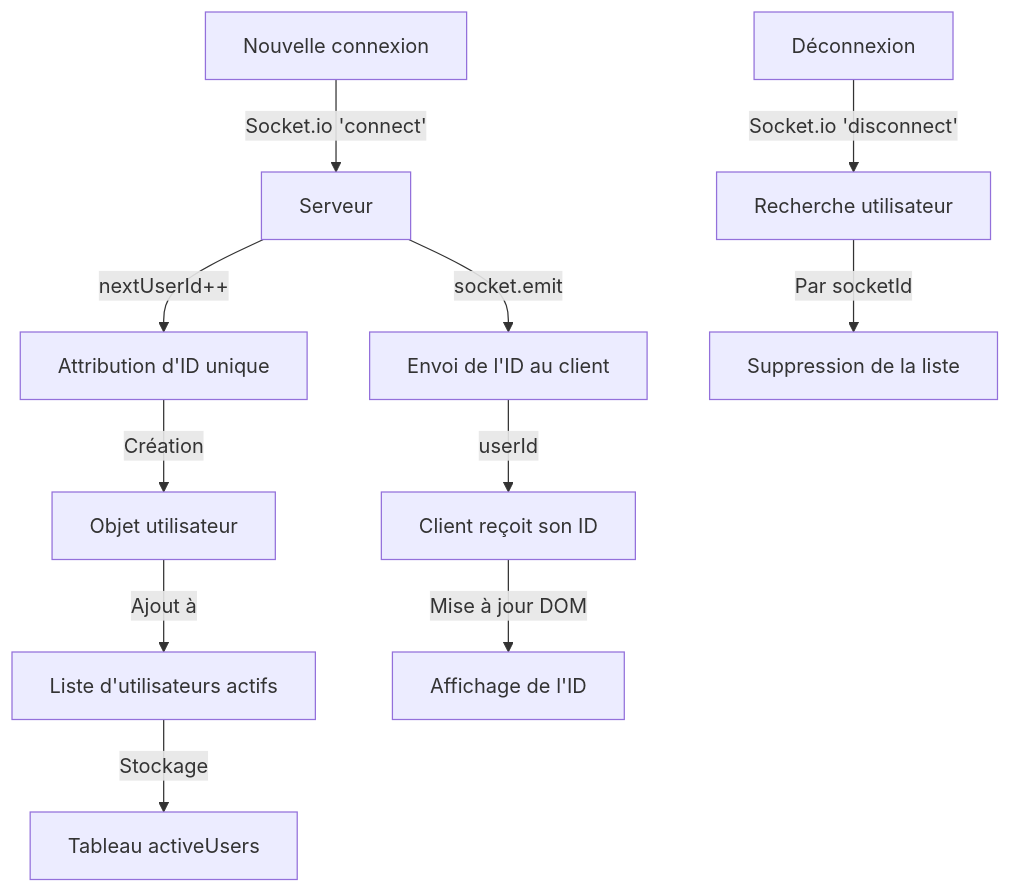
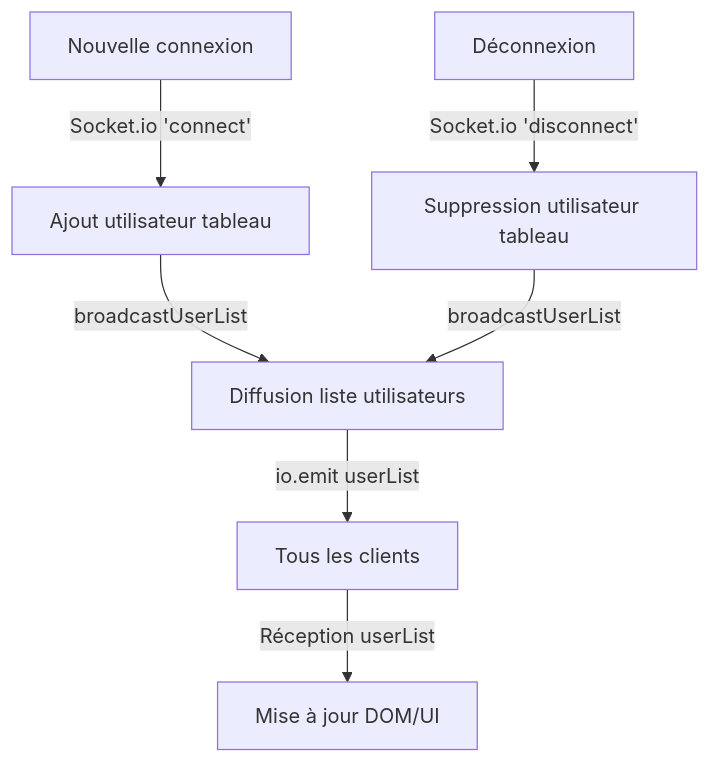
One commit to nicolasmbronner/basic-websocket-prototype changed the second of 2 diagrams in docs/technical.md. Above: the diagram before and after it, drawn with Mermaid. The commit also changed other lines of this file and 5 other files, not shown here.

````diff
--- a/docs/technical.md
+++ b/docs/technical.md
@@ -42,16 +46,10 @@
 ```mermaid
 graph TD
-    A[Nouvelle connexion] -->|Socket.io 'connect'| B[Serveur]
-    B -->|nextUserId++| C[Attribution d'ID unique]
+    A[Nouvelle connexion] -->|Socket.io 'connect'| B[Ajout utilisateur tableau]
+    B -->|broadcastUserList| C[Diffusion liste utilisateurs]
+    C -->|io.emit userList| D[Tous les clients]
+    D -->|Réception userList| E[Mise à jour DOM/UI]
     
-    C -->|Création| D[Objet utilisateur]
-    D -->|Ajout à| E[Liste d'utilisateurs actifs]
-    E -->|Stockage| F[Tableau activeUsers]
-    
-    B -->|socket.emit| G[Envoi de l'ID au client]
-    G -->|userId| H[Client reçoit son ID]
-    H -->|Mise à jour DOM| I[Affichage de l'ID]
-    
-    J[Déconnexion] -->|Socket.io 'disconnect'| K[Recherche utilisateur]
-    K -->|Par socketId| L[Suppression de la liste]
+    F[Déconnexion] -->|Socket.io 'disconnect'| G[Suppression utilisateur tableau]
+    G -->|broadcastUserList| C
 ```
````
